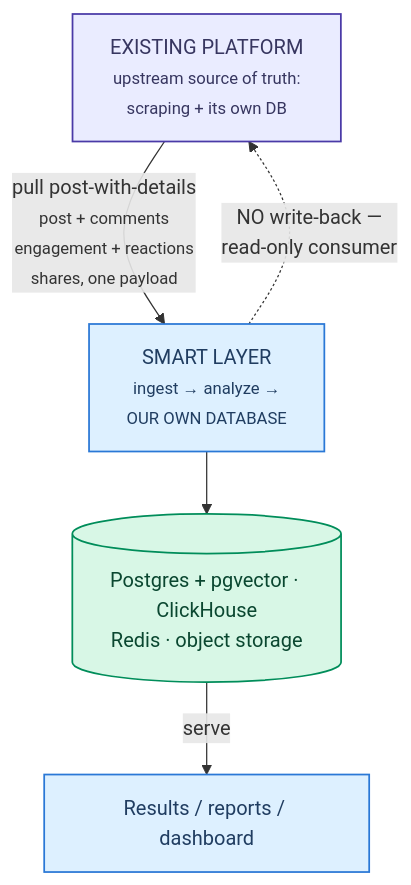
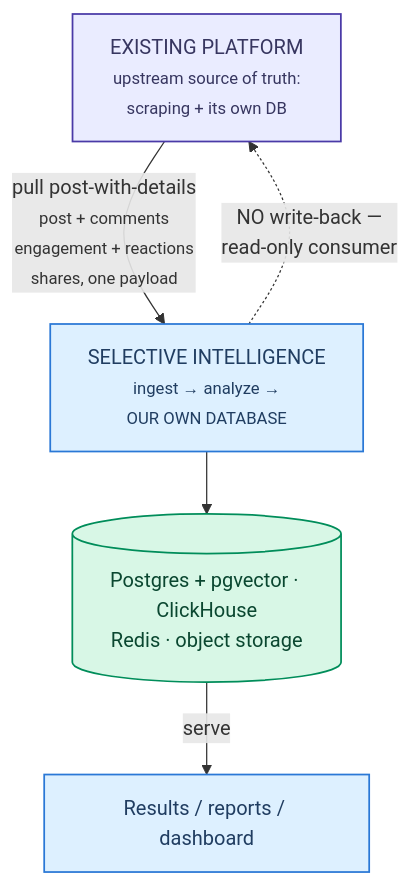
The diagram in paper/diagrams/fig-integration.mmd (Bishwajit-2810/Defense), drawn with Mermaid before and after one commit. The commit also changed 41 other files, not shown here.

Commit message:
selective intelligence

```diff
--- a/paper/diagrams/fig-integration.mmd
+++ b/paper/diagrams/fig-integration.mmd
@@ -1,18 +1,18 @@
 graph TD
     Up["EXISTING PLATFORM<br/><small>upstream source of truth:<br/>scraping + its own DB</small>"]
-    SL["SMART LAYER<br/><small>ingest → analyze →<br/>OUR OWN DATABASE</small>"]
+    SL["SELECTIVE INTELLIGENCE<br/><small>ingest → analyze →<br/>OUR OWN DATABASE</small>"]
     Stores[("Postgres + pgvector · ClickHouse<br/>Redis · object storage")]
     Out["Results / reports / dashboard"]
 
     Up -- "pull post-with-details<br/><small>post + comments<br/>engagement + reactions<br/>shares, one payload</small>" --> SL
     SL -. "NO write-back —<br/>read-only consumer" .-> Up
     SL --> Stores
     Stores -- "serve" --> Out
 
     class Up entry
     class SL,Out svc
     class Stores store
 
     classDef entry fill:#eaecff,stroke:#4a3aa7,stroke-width:1.4px,color:#373660
     classDef svc fill:#ddf0ff,stroke:#2a78d6,stroke-width:1.4px,color:#203d61
     classDef store fill:#d8f7e6,stroke:#008d5a,stroke-width:1.4px,color:#0a4730
```
